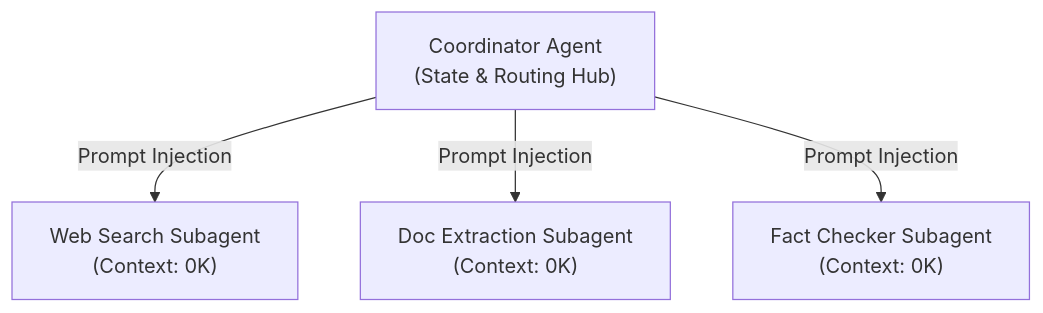
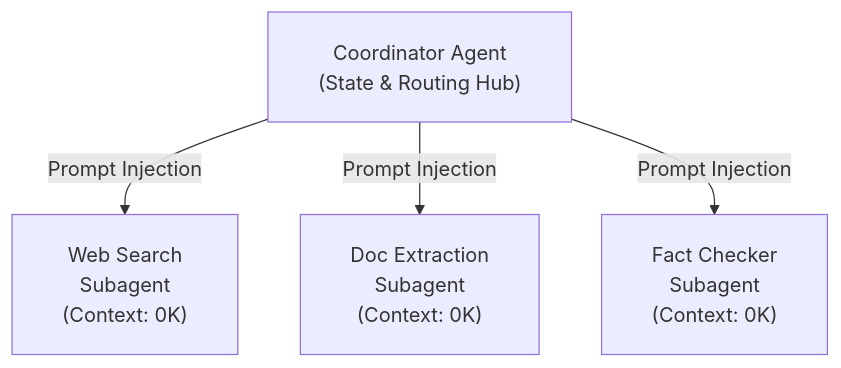
One commit to dip4k/claude_cert_architect_foundation_prep changed the third of 7 diagrams in domain1/KEY_CONCEPTS.md. Above: the diagram before and after it, drawn with Mermaid. The commit also changed other lines of this file and 31 other files, not shown here.

First line of the commit message:
docs(diagrams): fix text trimming, padding, and layout in all mermaid diagrams

````diff
--- a/domain1/KEY_CONCEPTS.md
+++ b/domain1/KEY_CONCEPTS.md
@@ -154,7 +156,8 @@
 ```mermaid
+%%{init: {"flowchart": {"htmlLabels": true, "padding": 20}}}%%
 flowchart TD
     Coord["Coordinator Agent<br/>(State & Routing Hub)"]
-    Coord -->|Prompt Injection| Sub1["Web Search Subagent<br/>(Context: 0K)"]
-    Coord -->|Prompt Injection| Sub2["Doc Extraction Subagent<br/>(Context: 0K)"]
-    Coord -->|Prompt Injection| Sub3["Fact Checker Subagent<br/>(Context: 0K)"]
+    Coord -->|Prompt Injection| Sub1["Web Search<br/>Subagent<br/>(Context: 0K)"]
+    Coord -->|Prompt Injection| Sub2["Doc Extraction<br/>Subagent<br/>(Context: 0K)"]
+    Coord -->|Prompt Injection| Sub3["Fact Checker<br/>Subagent<br/>(Context: 0K)"]
 ```
````
